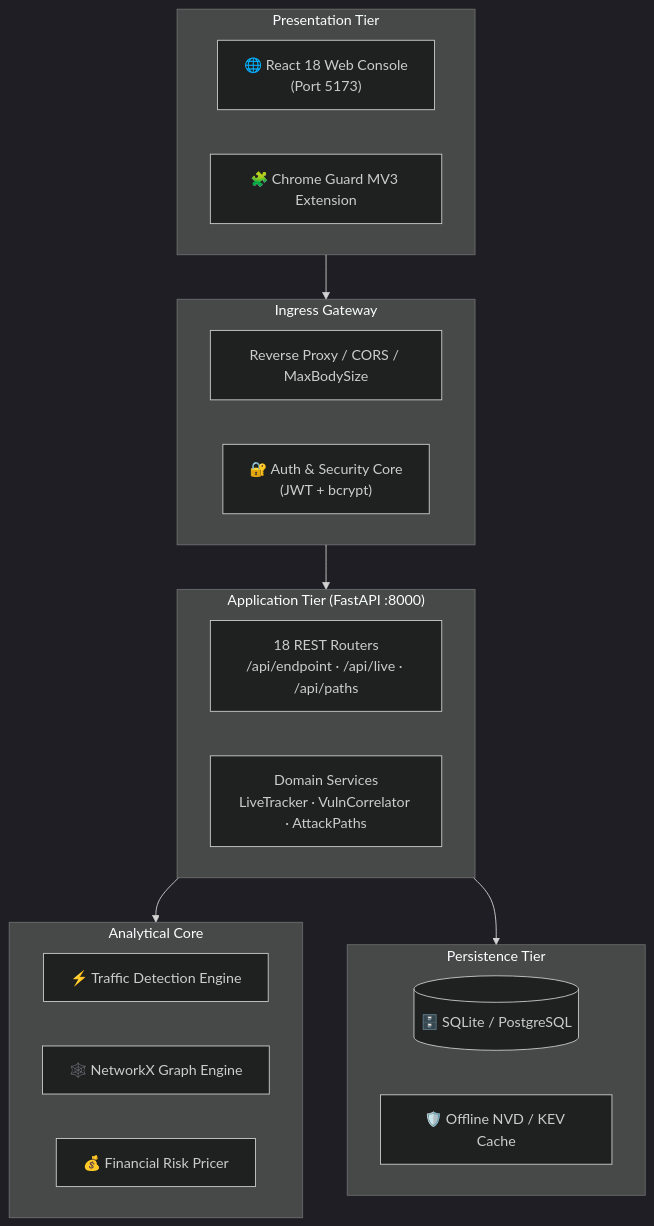
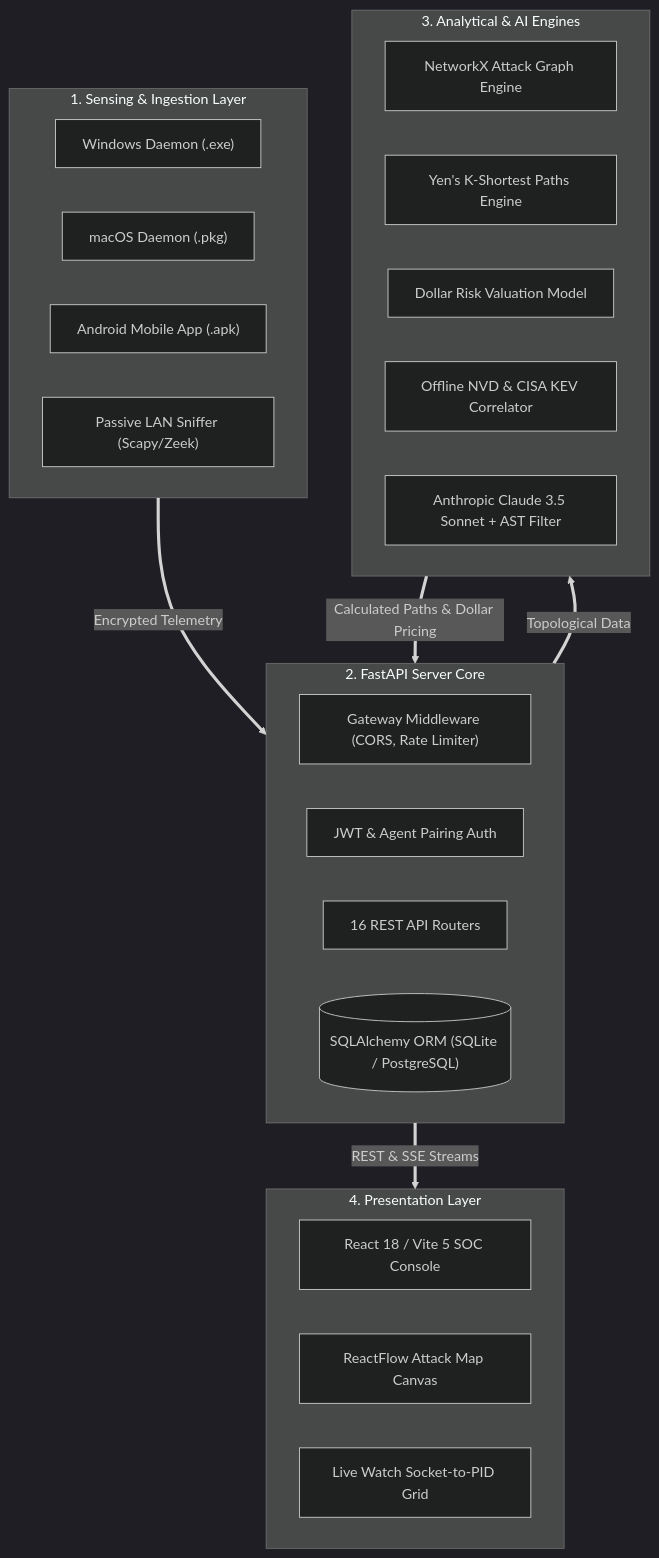
Before and after one commit to Subhadip-Paul2006/dhristi: the diagram in README.md, drawn with Mermaid. The commit also changed other lines of this file and 41 other files, not shown here.

````diff
--- a/README.md
+++ b/README.md
@@ -477,34 +314,36 @@
 ```mermaid
 %%{init: {'theme': 'dark'}}%%
 flowchart TB
-    subgraph CLIENT_PLANE ["Presentation Tier"]
-        WEB_APP["🌐 React 18 Web Console<br/>(Port 5173)"]
-        CHROME_EXT["🧩 Chrome Guard MV3 Extension"]
+    subgraph INGESTION ["1. Sensing & Ingestion Layer"]
+        AGENT_WIN["Windows Daemon (.exe)"]
+        AGENT_MAC["macOS Daemon (.pkg)"]
+        AGENT_AND["Android Mobile App (.apk)"]
+        PASSIVE_WATCH["Passive LAN Sniffer (Scapy/Zeek)"]
     end
 
-    subgraph INGRESS_PLANE ["Ingress Gateway"]
-        PROXY["Reverse Proxy / CORS / MaxBodySize"]
-        AUTH_SVC["🔐 Auth & Security Core<br/>(JWT + bcrypt)"]
+    subgraph BACKEND ["2. FastAPI Server Core"]
+        STARLETTE_GW["Gateway Middleware (CORS, Rate Limiter)"]
+        AUTH_ROUTER["JWT & Agent Pairing Auth"]
+        ROUTERS["16 REST API Routers"]
+        DB_ORM[("SQLAlchemy ORM (SQLite / PostgreSQL)")]
     end
 
-    subgraph SERVER_PLANE ["Application Tier (FastAPI :8000)"]
-        ROUTERS["18 REST Routers<br/>/api/endpoint · /api/live · /api/paths"]
-        SERVICES["Domain Services<br/>LiveTracker · VulnCorrelator · AttackPaths"]
+    subgraph ENGINES ["3. Analytical & AI Engines"]
+        GRAPH_ENGINE["NetworkX Attack Graph Engine"]
+        YEN_ENGINE["Yen's K-Shortest Paths Engine"]
+        PRICING_ENGINE["Dollar Risk Valuation Model"]
+        VULN_INTEL["Offline NVD & CISA KEV Correlator"]
+        CLAUDE_AI["Anthropic Claude 3.5 Sonnet + AST Filter"]
     end
 
-    subgraph ENGINE_PLANE ["Analytical Core"]
-        TRAFFIC_ENG["⚡ Traffic Detection Engine"]
-        GRAPH_ENG["🕸️ NetworkX Graph Engine"]
-        RISK_ENG["💰 Financial Risk Pricer"]
+    subgraph FRONTEND ["4. Presentation Layer"]
+        REACT_CONSOLE["React 18 / Vite 5 SOC Console"]
+        REACTFLOW_MAP["ReactFlow Attack Map Canvas"]
+        LIVE_GRID["Live Watch Socket-to-PID Grid"]
     end
 
-    subgraph PERSISTENCE_PLANE ["Persistence Tier"]
-        DB[(🗄️ SQLite / PostgreSQL)]
-        INTEL_DB["🛡️ Offline NVD / KEV Cache"]
-    end
-
-    CLIENT_PLANE --> INGRESS_PLANE
-    INGRESS_PLANE --> SERVER_PLANE
-    SERVER_PLANE --> ENGINE_PLANE
-    SERVER_PLANE --> PERSISTENCE_PLANE
+    INGESTION ==>|Encrypted Telemetry| BACKEND
+    BACKEND ==>|Topological Data| ENGINES
+    ENGINES ==>|Calculated Paths & Dollar Pricing| BACKEND
+    BACKEND ==>|REST & SSE Streams| FRONTEND
 ```
````
